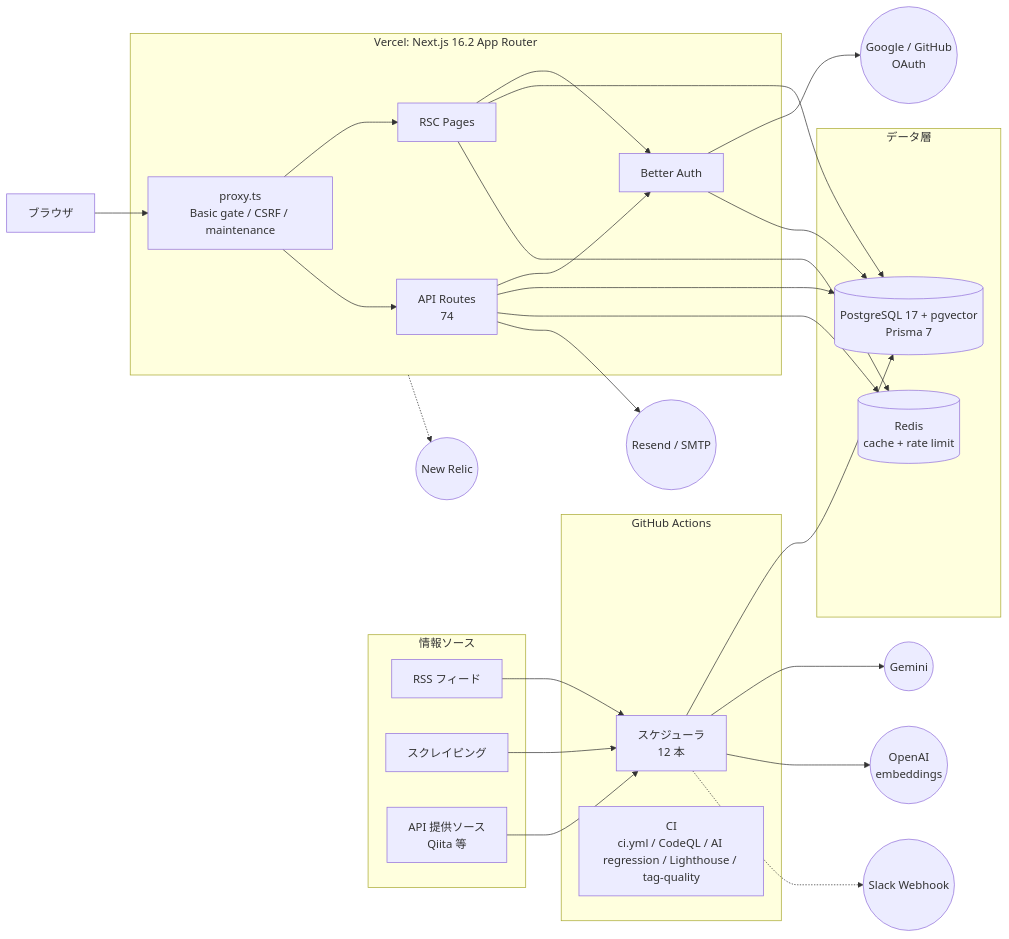
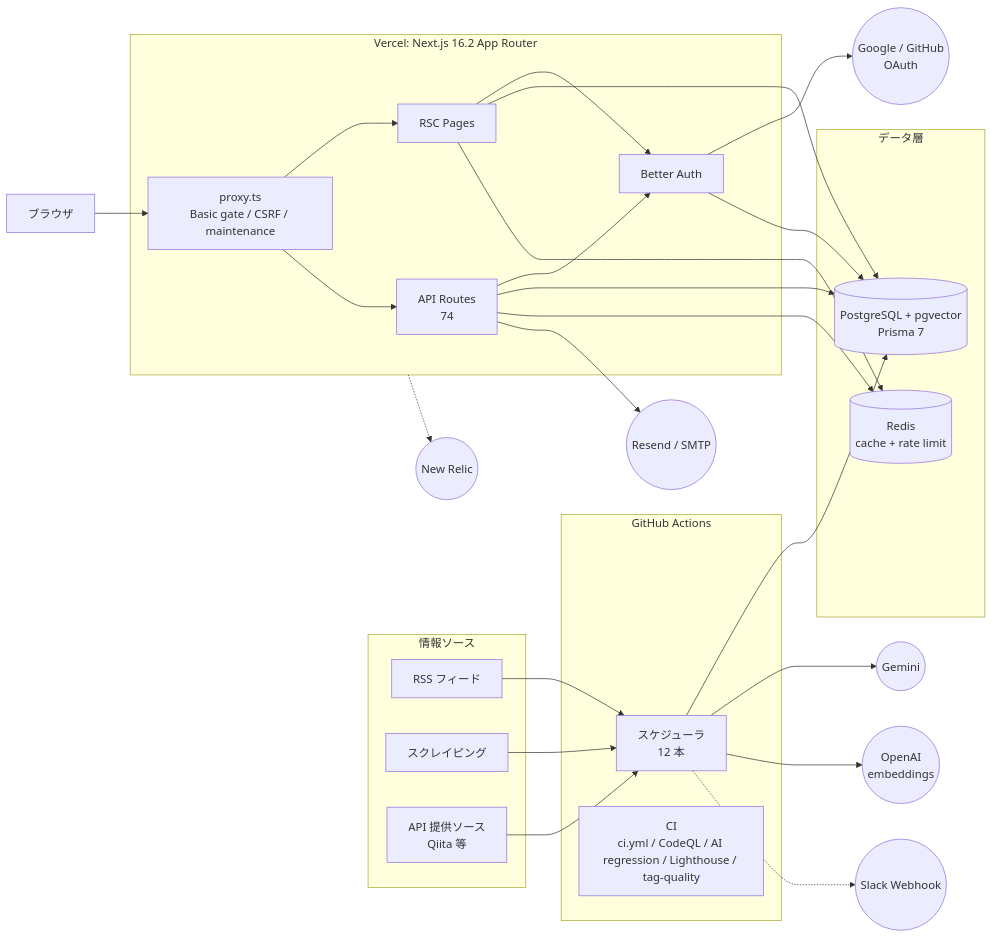
The first of 2 diagrams in docs/architecture/01-system-overview.md (pawafulu7/techtrend), drawn with Mermaid before and after one commit. The commit also changed other lines of this file and 8 other files, not shown here.

First line of the commit message:
docs(architecture): cross-review で判明した事実誤認を修正

````diff
--- a/docs/architecture/01-system-overview.md
+++ b/docs/architecture/01-system-overview.md
@@ -9,56 +9,56 @@
 ```mermaid
 flowchart LR
     browser["ブラウザ"]
 
     subgraph src["情報ソース"]
         src_rss["RSS フィード"]
         src_scrape["スクレイピング"]
         src_api["API 提供ソース<br/>Qiita 等"]
     end
 
     subgraph gha["GitHub Actions"]
         gha_sched["スケジューラ<br/>12 本"]
         gha_ci["CI<br/>ci.yml / CodeQL / AI regression / Lighthouse / tag-quality"]
     end
 
     subgraph vercel["Vercel: Next.js 16.2 App Router"]
         proxy["proxy.ts<br/>Basic gate / CSRF / maintenance"]
         pages["RSC Pages"]
         api_routes["API Routes<br/>74"]
         better_auth["Better Auth"]
     end
 
     subgraph data["データ層"]
-        pg[("PostgreSQL 17 + pgvector<br/>Prisma 7")]
+        pg[("PostgreSQL + pgvector<br/>Prisma 7")]
         redis[("Redis<br/>cache + rate limit")]
     end
 
     gemini(("Gemini"))
     openai(("OpenAI<br/>embeddings"))
     mail(("Resend / SMTP"))
     slack(("Slack Webhook"))
     oauth(("Google / GitHub<br/>OAuth"))
     newrelic(("New Relic"))
 
     src_rss --> gha_sched
     src_scrape --> gha_sched
     src_api --> gha_sched
     gha_sched --> pg
     gha_sched --> gemini
     gha_sched --> openai
     gha_sched -.-> slack
 
     browser --> proxy
     proxy --> pages
     proxy --> api_routes
     pages --> better_auth
     api_routes --> better_auth
     better_auth --> oauth
     better_auth --> pg
     pages --> pg
     pages --> redis
     api_routes --> pg
     api_routes --> redis
     api_routes --> mail
     vercel -.-> newrelic
 ```
````
